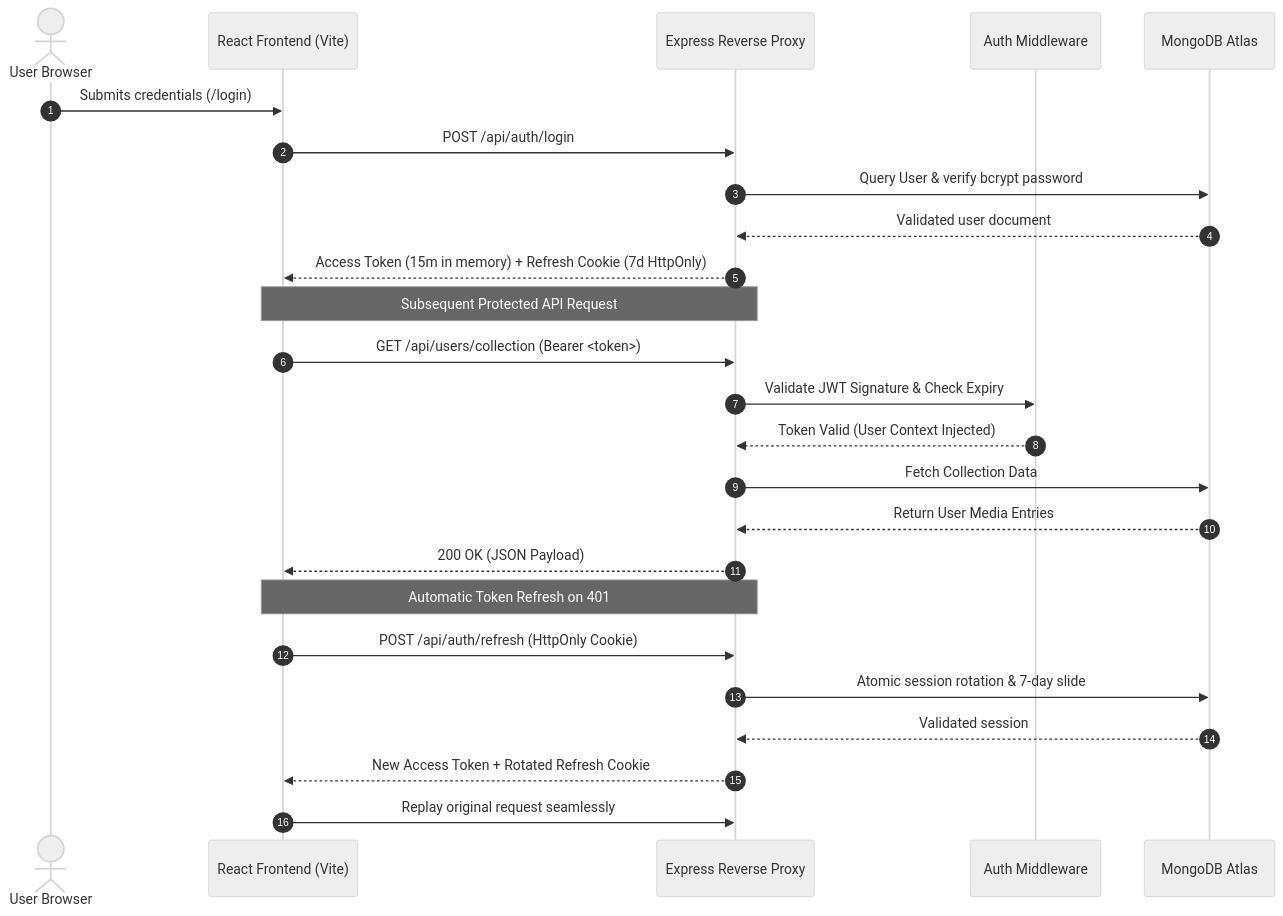
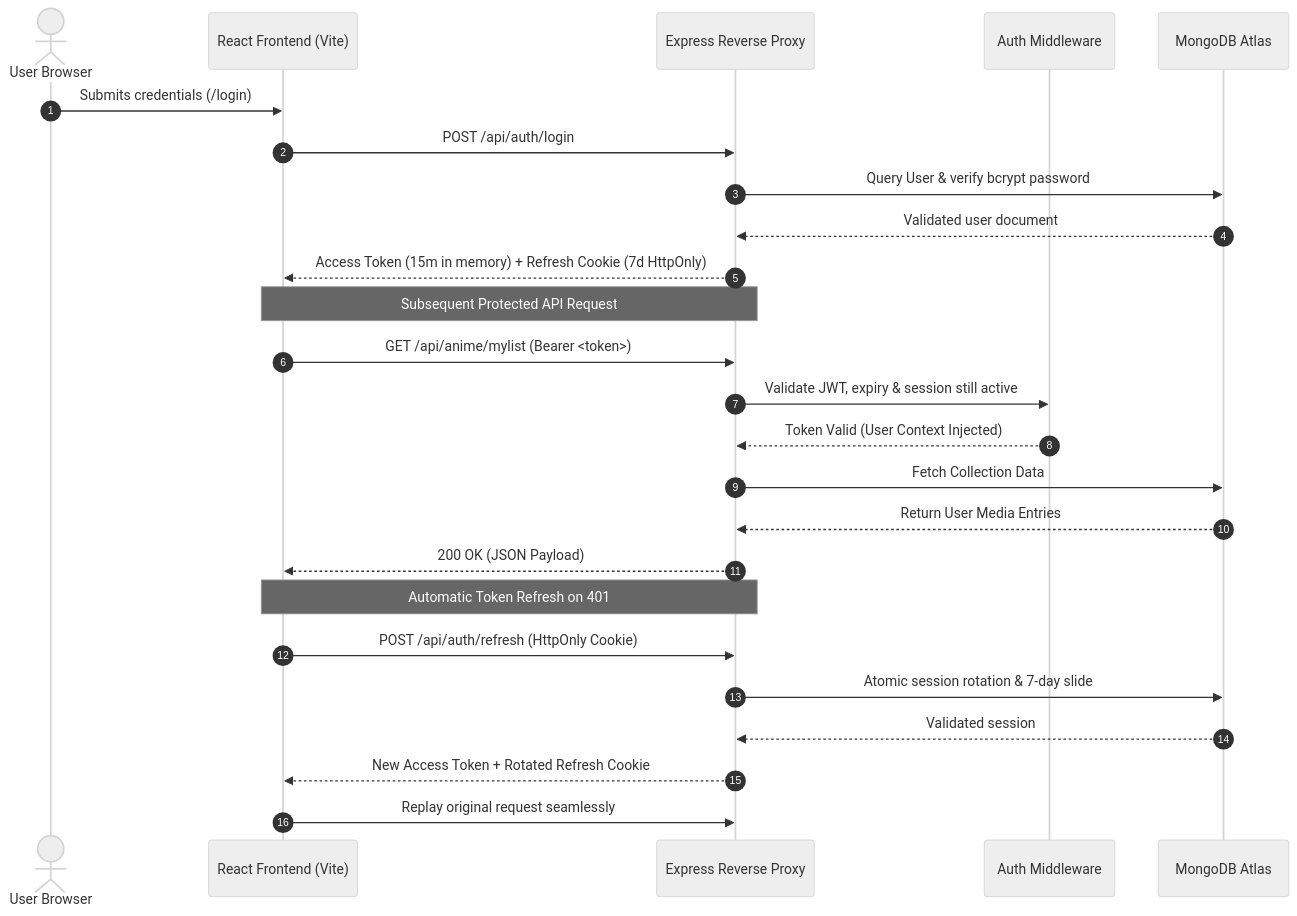
The first of 2 diagrams in README.md (swagatgharat/Showcase_Kokuyo_Obsidian), drawn with Mermaid (neutral theme) before and after one commit. The commit also changed other lines of this file, not shown here.

````diff
--- a/README.md
+++ b/README.md
@@ -164,28 +165,28 @@
 ```mermaid
 sequenceDiagram
     autonumber
     actor User as User Browser
     participant FE as React Frontend (Vite)
     participant RP as Express Reverse Proxy
     participant Auth as Auth Middleware
     participant DB as MongoDB Atlas
 
     User->>FE: Submits credentials (/login)
     FE->>RP: POST /api/auth/login
     RP->>DB: Query User & verify bcrypt password
     DB-->>RP: Validated user document
     RP-->>FE: Access Token (15m in memory) + Refresh Cookie (7d HttpOnly)
     Note over FE,RP: Subsequent Protected API Request
-    FE->>RP: GET /api/users/collection (Bearer <token>)
-    RP->>Auth: Validate JWT Signature & Check Expiry
+    FE->>RP: GET /api/anime/mylist (Bearer <token>)
+    RP->>Auth: Validate JWT, expiry & session still active
     Auth-->>RP: Token Valid (User Context Injected)
     RP->>DB: Fetch Collection Data
     DB-->>RP: Return User Media Entries
     RP-->>FE: 200 OK (JSON Payload)
     Note over FE,RP: Automatic Token Refresh on 401
     FE->>RP: POST /api/auth/refresh (HttpOnly Cookie)
     RP->>DB: Atomic session rotation & 7-day slide
     DB-->>RP: Validated session
     RP-->>FE: New Access Token + Rotated Refresh Cookie
     FE->>RP: Replay original request seamlessly
 ```
````
